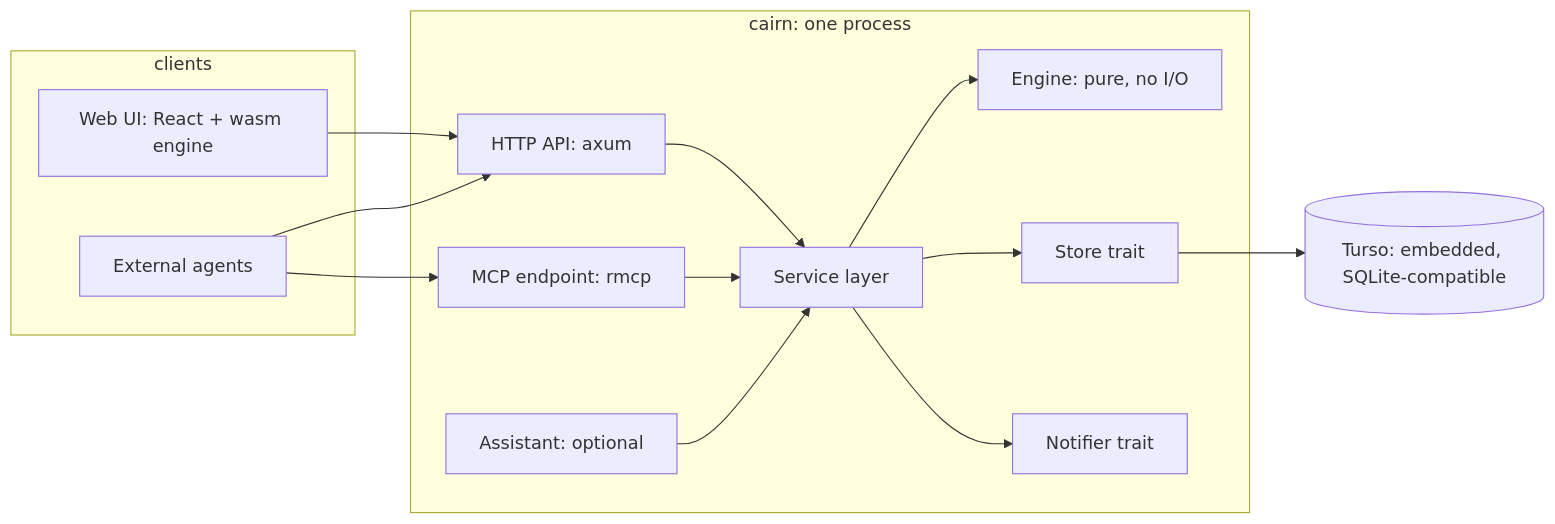
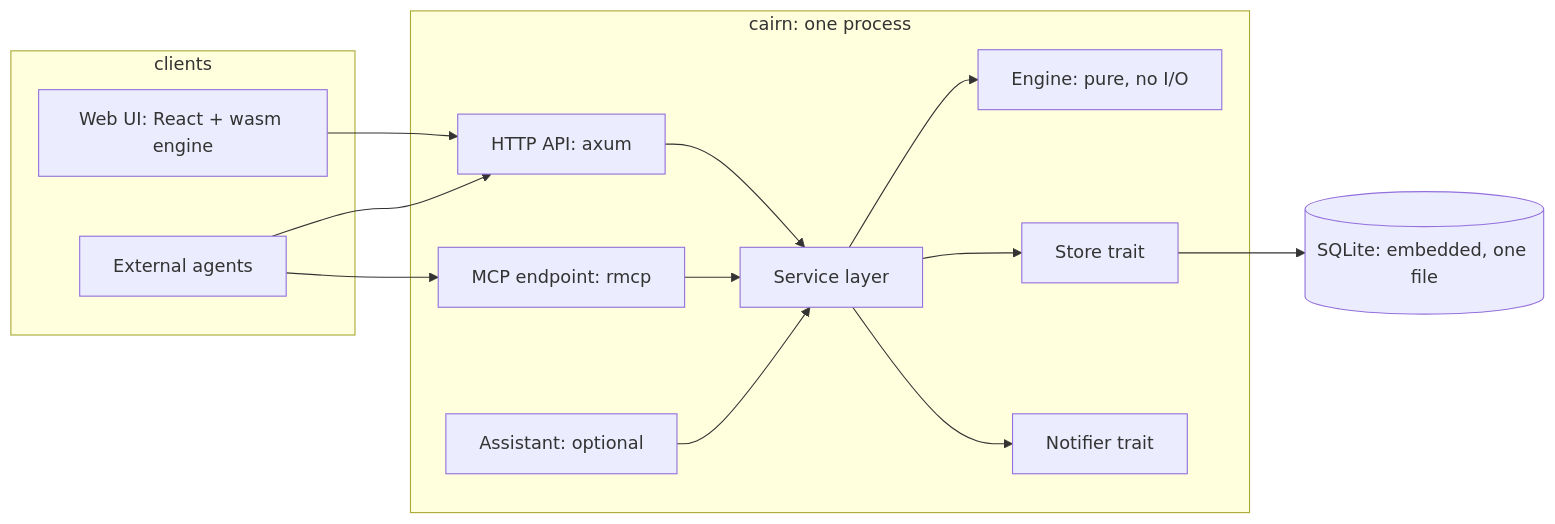
Before and after one commit to JacobHayes/cairn: the first of 3 diagrams in ARCHITECTURE.md, drawn with Mermaid. The commit also changed other lines of this file and 128 other files, not shown here.

````diff
--- a/ARCHITECTURE.md
+++ b/ARCHITECTURE.md
@@ -9,27 +9,27 @@
 ```mermaid
 flowchart LR
     subgraph clients
         ui[Web UI: React + wasm engine]
         ext[External agents]
     end
     subgraph binary[cairn: one process]
         api[HTTP API: axum]
         mcp[MCP endpoint: rmcp]
         asst[Assistant: optional]
         svc[Service layer]
         eng[Engine: pure, no I/O]
         store[Store trait]
         notify[Notifier trait]
     end
-    db[(Turso: embedded, SQLite-compatible)]
+    db[(SQLite: embedded, one file)]
     ui --> api
     ext --> mcp
     ext --> api
     api --> svc
     mcp --> svc
     asst --> svc
     svc --> eng
     svc --> store
     svc --> notify
     store --> db
 ```
````
